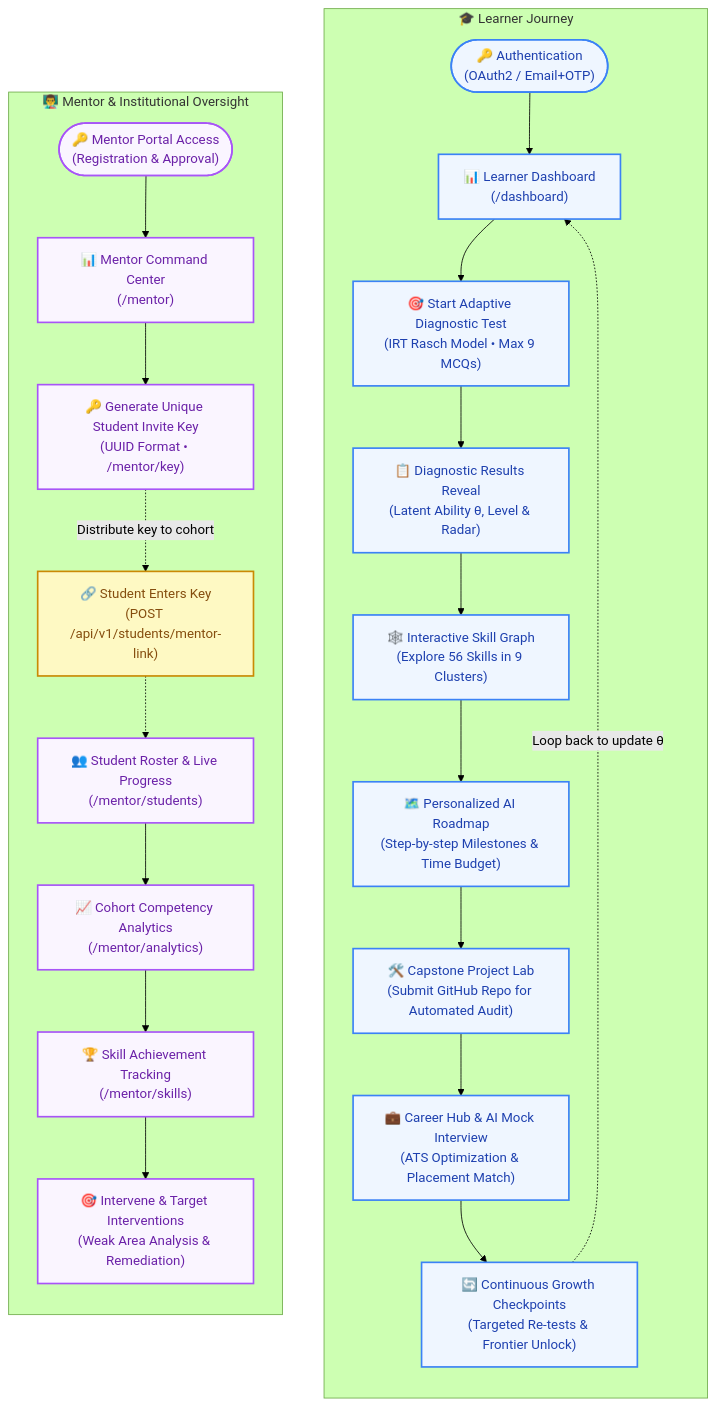
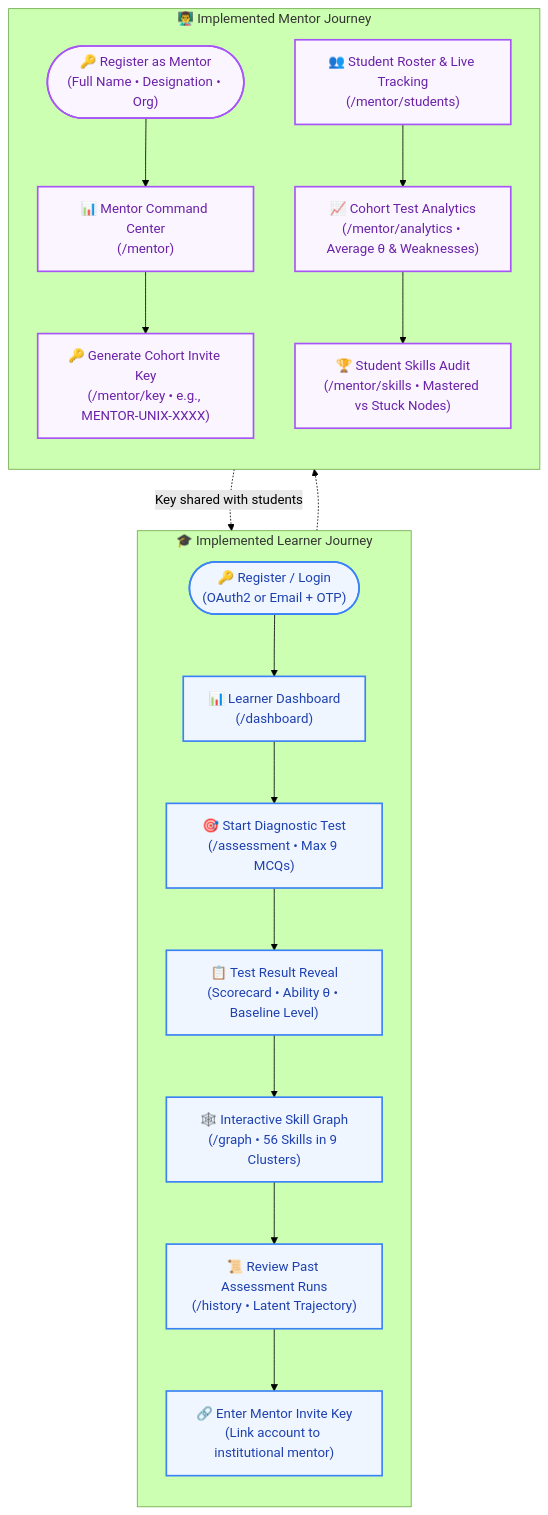
Before and after one commit to LNCT-Unix/AI-Powered-Upskilling-Platform: the second of 11 diagrams in DESIGN_FLOWCHARTS.md, drawn with Mermaid (forest theme). The commit also changed other lines of this file, not shown here.

Commit message:
Updated flowcharts

````diff
--- a/DESIGN_FLOWCHARTS.md
+++ b/DESIGN_FLOWCHARTS.md
@@ -131,34 +106,28 @@
 ```mermaid
 flowchart TD
-    subgraph StudentJourney ["🎓 Learner Journey"]
+    subgraph StudentJourney ["🎓 Implemented Learner Journey"]
         direction TB
-        S1(["🔑 Authentication<br/>(OAuth2 / Email+OTP)"]) --> S2["📊 Learner Dashboard<br/>(/dashboard)"]
-        S2 --> S3["🎯 Start Adaptive Diagnostic Test<br/>(IRT Rasch Model • Max 9 MCQs)"]
-        S3 --> S4["📋 Diagnostic Results Reveal<br/>(Latent Ability θ, Level & Radar)"]
-        S4 --> S5["🕸️ Interactive Skill Graph<br/>(Explore 56 Skills in 9 Clusters)"]
-        S5 --> S6["🗺️ Personalized AI Roadmap<br/>(Step-by-step Milestones & Time Budget)"]
-        S6 --> S7["🛠️ Capstone Project Lab<br/>(Submit GitHub Repo for Automated Audit)"]
-        S7 --> S8["💼 Career Hub & AI Mock Interview<br/>(ATS Optimization & Placement Match)"]
-        S8 --> S9["🔄 Continuous Growth Checkpoints<br/>(Targeted Re-tests & Frontier Unlock)"]
-        S9 -.->|Loop back to update θ| S2
+        S1(["🔑 Register / Login<br/>(OAuth2 or Email + OTP)"]) --> S2["📊 Learner Dashboard<br/>(/dashboard)"]
+        S2 --> S3["🎯 Start Diagnostic Test<br/>(/assessment • Max 9 MCQs)"]
+        S3 --> S4["📋 Test Result Reveal<br/>(Scorecard • Ability θ • Baseline Level)"]
+        S4 --> S5["🕸️ Interactive Skill Graph<br/>(/graph • 56 Skills in 9 Clusters)"]
+        S5 --> S6["📜 Review Past Assessment Runs<br/>(/history • Latent Trajectory)"]
+        S6 --> S7["🔗 Enter Mentor Invite Key<br/>(Link account to institutional mentor)"]
     end
 
-    subgraph MentorJourney ["👨‍🏫 Mentor & Institutional Oversight"]
+    subgraph MentorJourney ["👨‍🏫 Implemented Mentor Journey"]
         direction TB
-        M1(["🔑 Mentor Portal Access<br/>(Registration & Approval)"]) --> M2["📊 Mentor Command Center<br/>(/mentor)"]
-        M2 --> M3["🔑 Generate Unique Student Invite Key<br/>(UUID Format • /mentor/key)"]
-        M3 -.->|Distribute key to cohort| S10["🔗 Student Enters Key<br/>(POST /api/v1/students/mentor-link)"]
-        S10 -.-> M4["👥 Student Roster & Live Progress<br/>(/mentor/students)"]
-        M4 --> M5["📈 Cohort Competency Analytics<br/>(/mentor/analytics)"]
-        M5 --> M6["🏆 Skill Achievement Tracking<br/>(/mentor/skills)"]
-        M6 --> M7["🎯 Intervene & Target Interventions<br/>(Weak Area Analysis & Remediation)"]
+        M1(["🔑 Register as Mentor<br/>(Full Name • Designation • Org)"]) --> M2["📊 Mentor Command Center<br/>(/mentor)"]
+        M2 --> M3["🔑 Generate Cohort Invite Key<br/>(/mentor/key • e.g., MENTOR-UNIX-XXXX)"]
+        M3 -.->|Key shared with students| S7
+        S7 -.-> M4["👥 Student Roster & Live Tracking<br/>(/mentor/students)"]
+        M4 --> M5["📈 Cohort Test Analytics<br/>(/mentor/analytics • Average θ & Weaknesses)"]
+        M5 --> M6["🏆 Student Skills Audit<br/>(/mentor/skills • Mastered vs Stuck Nodes)"]
     end
 
     classDef student fill:#eff6ff,stroke:#3b82f6,stroke-width:2px,color:#1e40af;
     classDef mentor fill:#faf5ff,stroke:#a855f7,stroke-width:2px,color:#6b21a8;
-    classDef link fill:#fef9c3,stroke:#ca8a04,stroke-width:2px,color:#854d0e;
 
-    class S1,S2,S3,S4,S5,S6,S7,S8,S9 student;
-    class M1,M2,M3,M4,M5,M6,M7 mentor;
-    class S10 link;
+    class S1,S2,S3,S4,S5,S6,S7 student;
+    class M1,M2,M3,M4,M5,M6 mentor;
 ```
````
